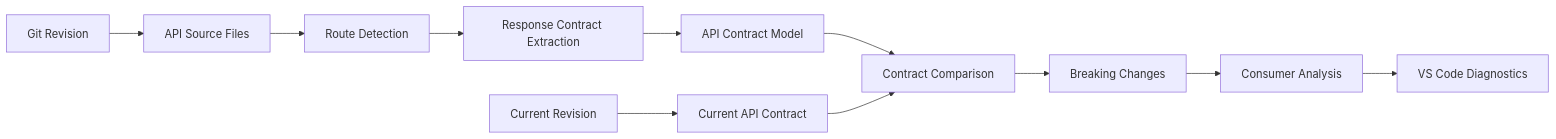
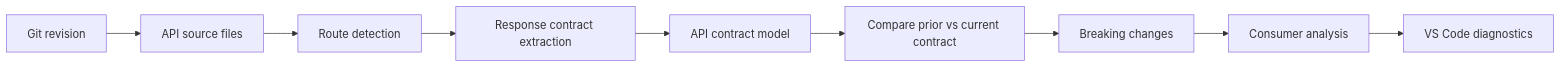
One commit to Aaqibhafeezkhan/api-contract-guardian changed the first of 4 diagrams in README.md. Above: the diagram before and after it, drawn with Mermaid. The commit also changed other lines of this file and 2 other files, not shown here.

````diff
--- a/README.md
+++ b/README.md
@@ -143,16 +140,11 @@
 ```mermaid
 flowchart LR
-    A["Git Revision"] --> B["API Source Files"]
-    B --> C["Route Detection"]
-    C --> D["Response Contract Extraction"]
-    D --> E["API Contract Model"]
-
-    E --> F["Contract Comparison"]
-
-    G["Current Revision"] --> H["Current API Contract"]
-    H --> F
-
-    F --> I["Breaking Changes"]
-    I --> J["Consumer Analysis"]
-    J --> K["VS Code Diagnostics"]
+    A["Git revision"] --> B["API source files"]
+    B --> C["Route detection"]
+    C --> D["Response contract extraction"]
+    D --> E["API contract model"]
+    E --> F["Compare prior vs current contract"]
+    F --> G["Breaking changes"]
+    G --> H["Consumer analysis"]
+    H --> I["VS Code diagnostics"]
 ```
````
